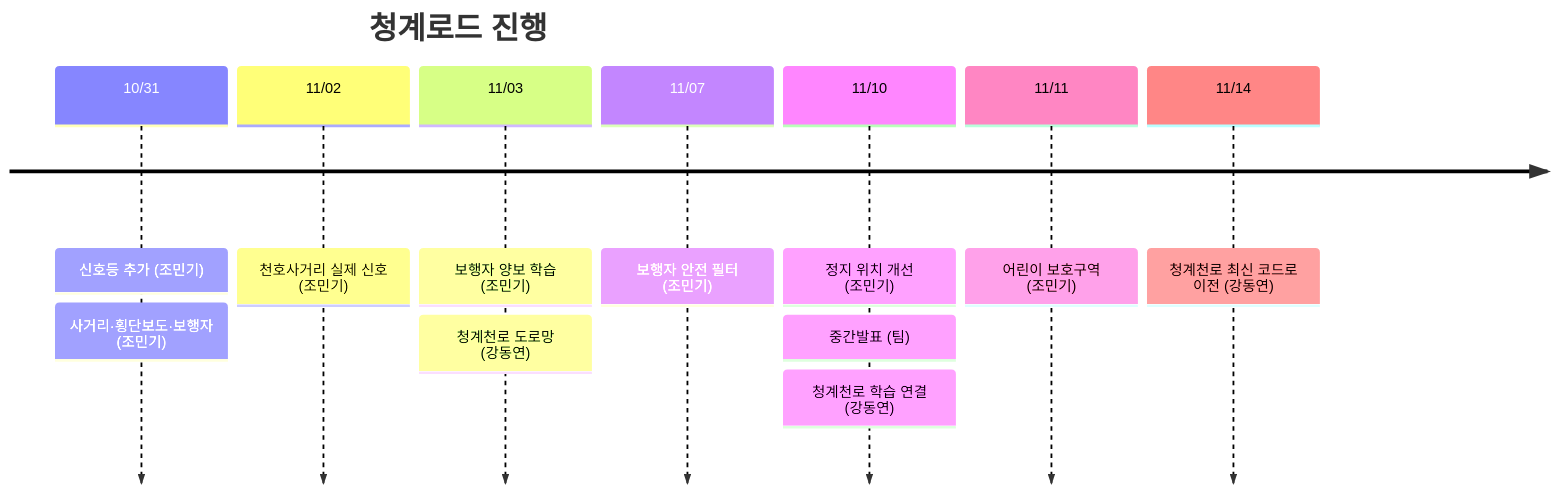
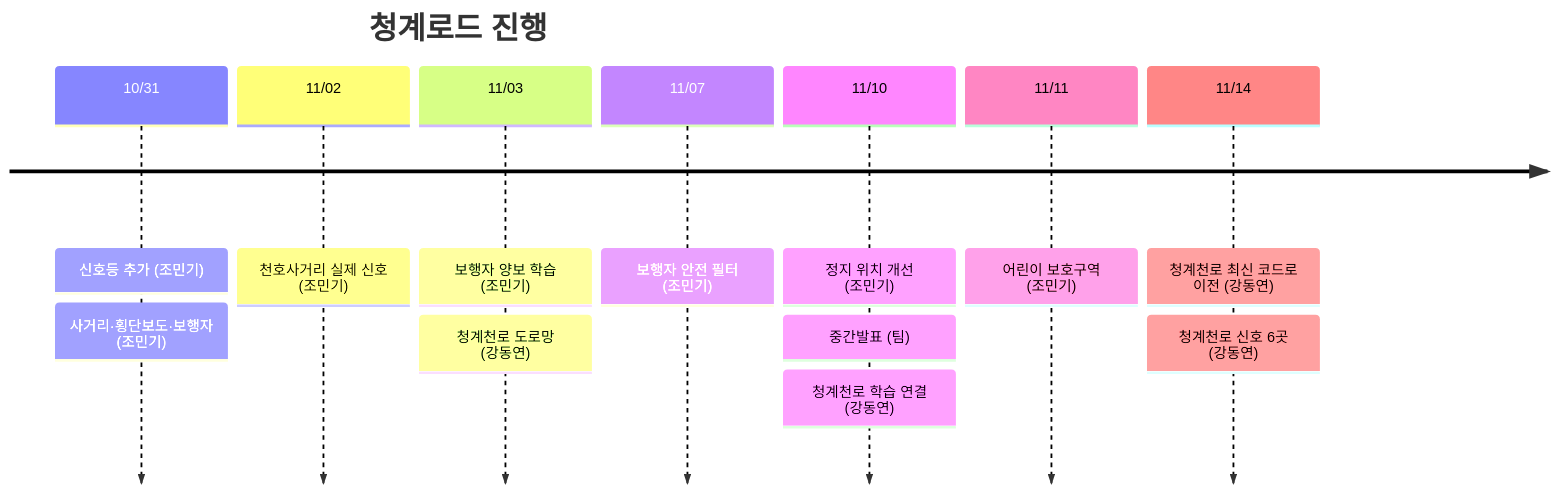
The diagram in docs/README.md (TranserZ/Artificial-Intelligence-and-Control-for-Autonomous-Driving), drawn with Mermaid before and after one commit. The commit also changed other lines of this file and 1 other file, not shown here.

Commit message:
docs: 청계천로 신호 보강 보고서 추가

````diff
--- a/docs/README.md
+++ b/docs/README.md
@@ -31,11 +31,11 @@
 ```mermaid
 timeline
     title 청계로드 진행
     10/31 : 신호등 추가 (조민기) : 사거리·횡단보도·보행자 (조민기)
     11/02 : 천호사거리 실제 신호 (조민기)
     11/03 : 보행자 양보 학습 (조민기) : 청계천로 도로망 (강동연)
     11/07 : 보행자 안전 필터 (조민기)
     11/10 : 정지 위치 개선 (조민기) : 중간발표 (팀) : 청계천로 학습 연결 (강동연)
     11/11 : 어린이 보호구역 (조민기)
-    11/14 : 청계천로 최신 코드로 이전 (강동연)
+    11/14 : 청계천로 최신 코드로 이전 (강동연) : 청계천로 신호 6곳 (강동연)
 ```
````
